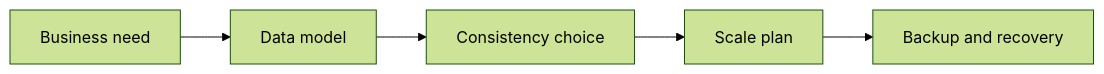
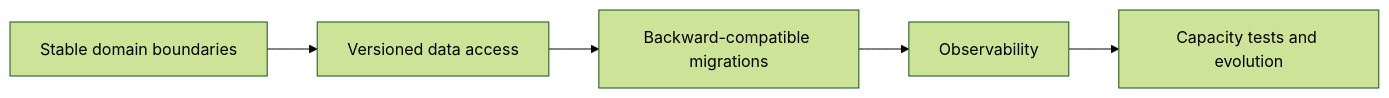
Diagram 13 of 13 in docs/database/scenario-based-questions/index.md (rashid-mamun/tech-interview-hub), drawn with Mermaid (forest theme) before and after one commit. The commit also changed other lines of this file and 85 other files, not shown here.

Commit message:
add mermaid diagram in all docs

````diff
--- a/docs/database/scenario-based-questions/index.md
+++ b/docs/database/scenario-based-questions/index.md
@@ -6,7 +437,7 @@
 ```mermaid
 flowchart LR
-    Need[Business need] --> Model[Data model]
-    Model --> Consistency[Consistency choice]
-    Consistency --> Scale[Scale plan]
-    Scale --> Recovery[Backup and recovery]
+    Domain[Stable domain boundaries] --> API[Versioned data access]
+    API --> M[Backward-compatible migrations]
+    M --> O[Observability]
+    O --> C[Capacity tests and evolution]
 ```
````
